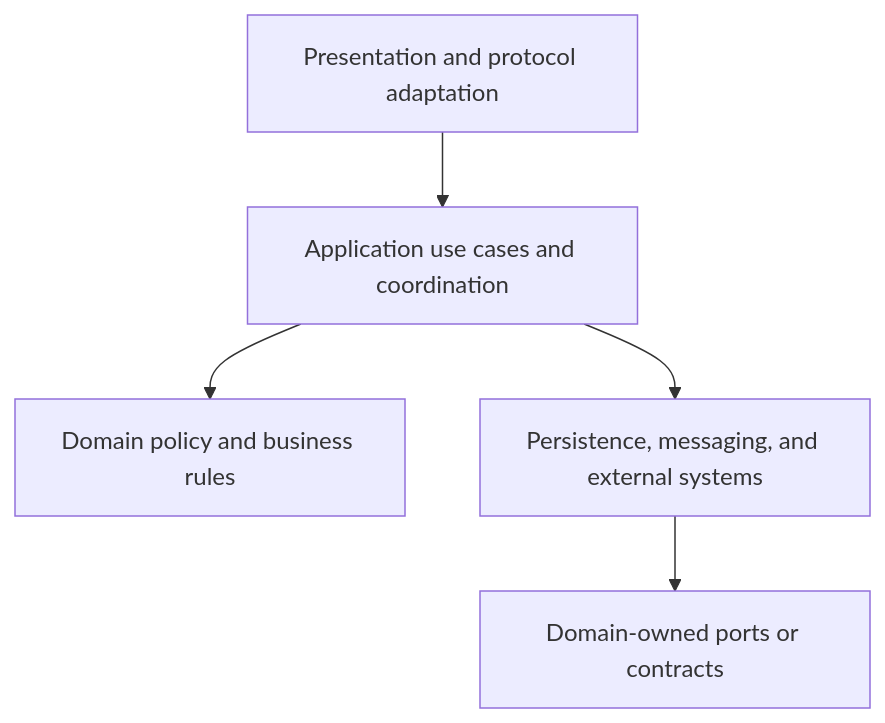
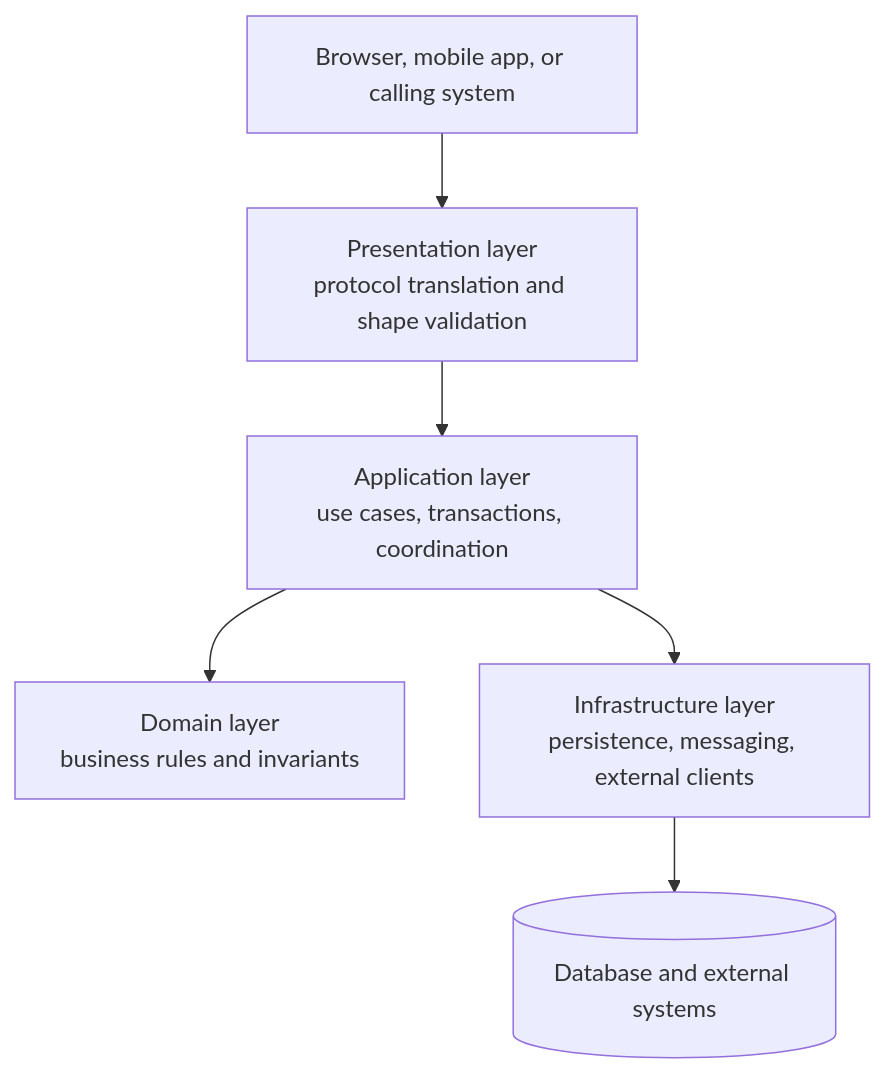
One commit to joydasss/Architect changed the first of 12 diagrams in 20_Architecture_Patterns/CH01_Layered_Architecture.md. Above: the diagram before and after it, drawn with Mermaid. The commit also changed other lines of this file and 295 other files, not shown here.

````diff
--- a/20_Architecture_Patterns/CH01_Layered_Architecture.md
+++ b/20_Architecture_Patterns/CH01_Layered_Architecture.md
@@ -13,11 +50,14 @@
 ```mermaid
 flowchart TB
-    Presentation[Presentation and protocol adaptation]
-    Application[Application use cases and coordination]
-    Domain[Domain policy and business rules]
-    Infrastructure[Persistence, messaging, and external systems]
+    Client["Browser, mobile app, or calling system"]
+    Presentation["Presentation layer<br/>protocol translation and shape validation"]
+    Application["Application layer<br/>use cases, transactions, coordination"]
+    Domain["Domain layer<br/>business rules and invariants"]
+    Infrastructure["Infrastructure layer<br/>persistence, messaging, external clients"]
+    Store[("Database and external systems")]
+    Client --> Presentation
     Presentation --> Application
     Application --> Domain
     Application --> Infrastructure
-    Infrastructure --> DomainContract[Domain-owned ports or contracts]
+    Infrastructure --> Store
 ```
````
